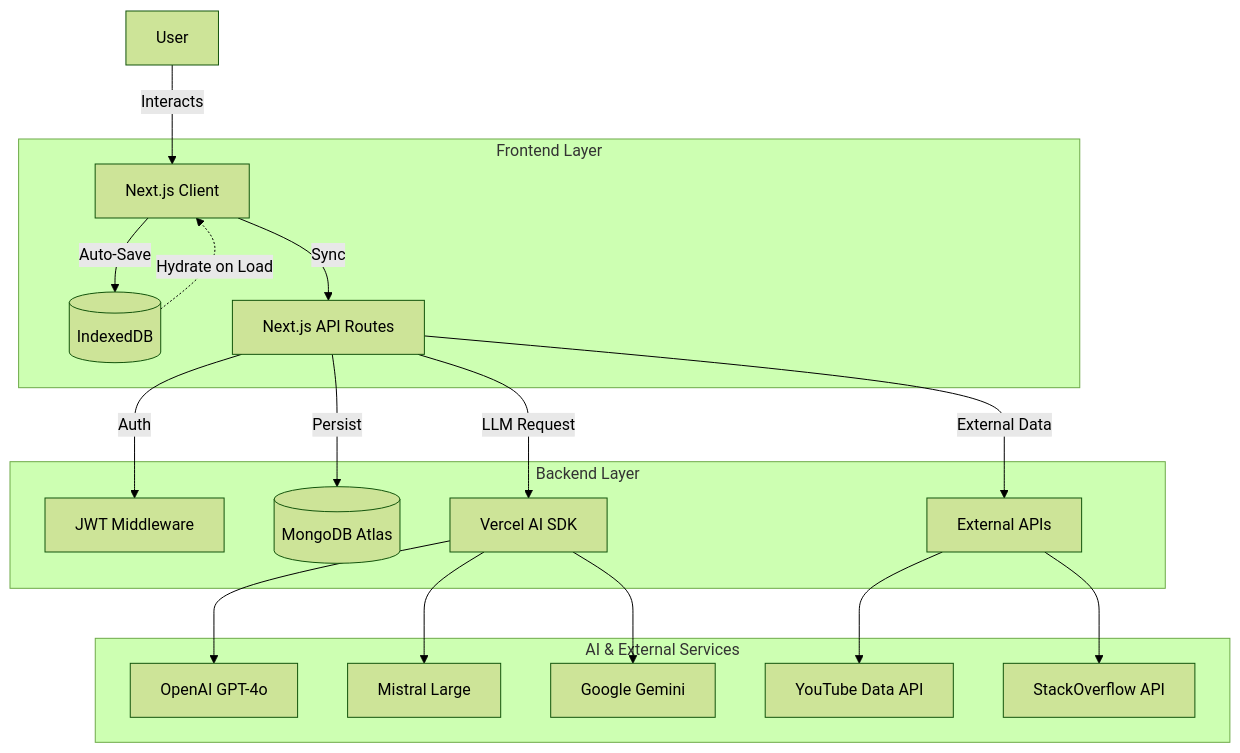
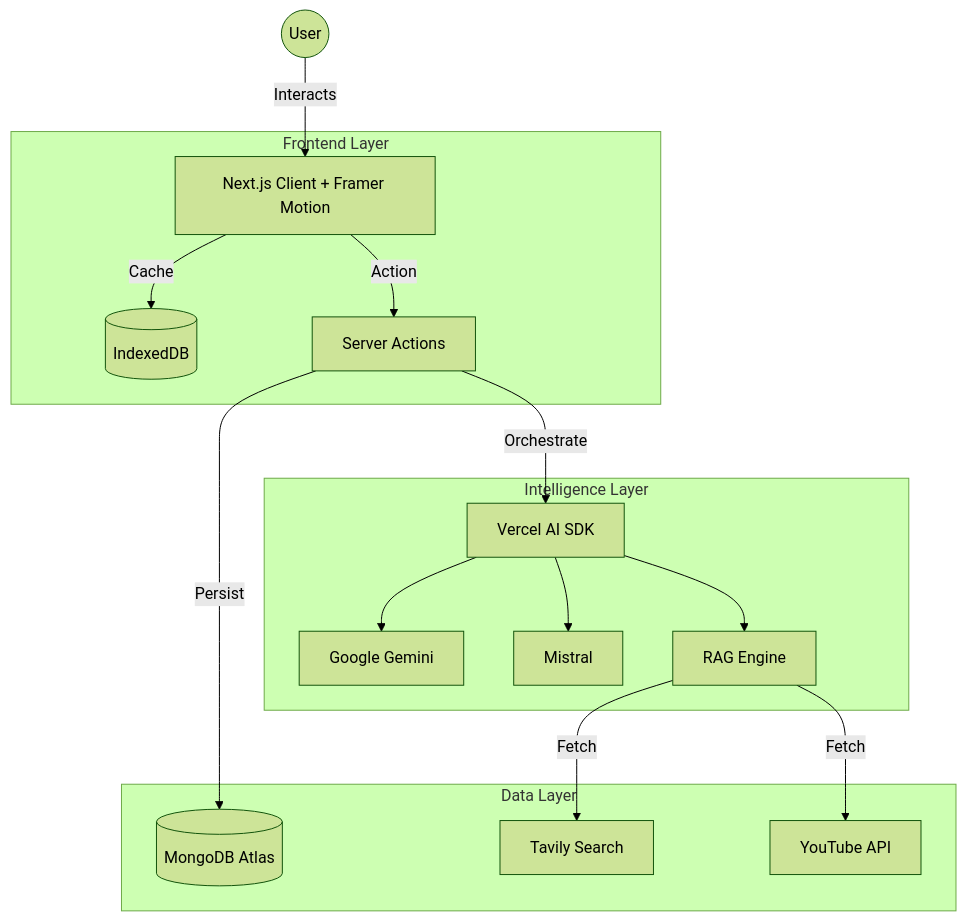
The diagram in README.md (grharsha777/Ganapathi-Mentor-AI), drawn with Mermaid (forest theme) before and after one commit. The commit also changed other lines of this file and 46 other files, not shown here.

Commit message:
Fix 'Mark as completed' in Roadmap View and code cleanup

````diff
--- a/README.md
+++ b/README.md
@@ -71,28 +92,22 @@
 ```mermaid
 graph TD
-    User[User] -->|Interacts| Client[Next.js Client]
+    User((User)) -->|Interacts| UI[Next.js Client + Framer Motion]
     
     subgraph "Frontend Layer"
-        Client -->|Auto-Save| IDB[(IndexedDB)]
-        Client -->|Sync| API[Next.js API Routes]
+        UI -->|Cache| IDB[(IndexedDB)]
+        UI -->|Action| Server[Server Actions]
     end
     
-    subgraph "Backend Layer"
-        API -->|Auth| Middleware[JWT Middleware]
-        API -->|Persist| Mongo[(MongoDB Atlas)]
-        
-        API -->|LLM Request| AISDK[Vercel AI SDK]
-        API -->|External Data| Tools[External APIs]
+    subgraph "Intelligence Layer"
+        Server -->|Orchestrate| AISDK[Vercel AI SDK]
+        AISDK --> Gemini[Google Gemini]
+        AISDK --> Mistral[Mistral]
+        AISDK --> RAG[RAG Engine]
     end
     
-    subgraph "AI & External Services"
-        AISDK --> OpenAI[OpenAI GPT-4o]
-        AISDK --> Mistral[Mistral Large]
-        AISDK --> Gemini[Google Gemini]
-        
-        Tools --> YouTube[YouTube Data API]
-        Tools --> Stack[StackOverflow API]
+    subgraph "Data Layer"
+        Server -->|Persist| Mongo[(MongoDB Atlas)]
+        RAG -->|Fetch| Tavily[Tavily Search]
+        RAG -->|Fetch| YT[YouTube API]
     end
-    
-    IDB -.->|Hydrate on Load| Client
 ```
````
